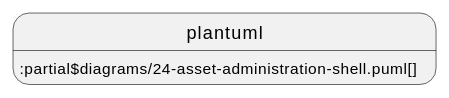
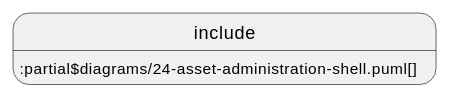
Before and after one commit to acplt/aas-specs: the first of 4 diagrams in documentation/IDTA-01001/modules/ROOT/pages/spec-metamodel/core.adoc, drawn with PlantUML. The commit also changed other lines of this file and 14 other files, not shown here.

First line of the commit message:
Revert "Use plantuml instead of include and test ./"

```diff
--- a/documentation/IDTA-01001/modules/ROOT/pages/spec-metamodel/core.adoc
+++ b/documentation/IDTA-01001/modules/ROOT/pages/spec-metamodel/core.adoc
@@ -17,4 +17,4 @@
 [plantuml, 24-asset-administration-shell, svg]
 ....
-plantuml::partial$diagrams/24-asset-administration-shell.puml[]
+include::partial$diagrams/24-asset-administration-shell.puml[]
 ....
```
